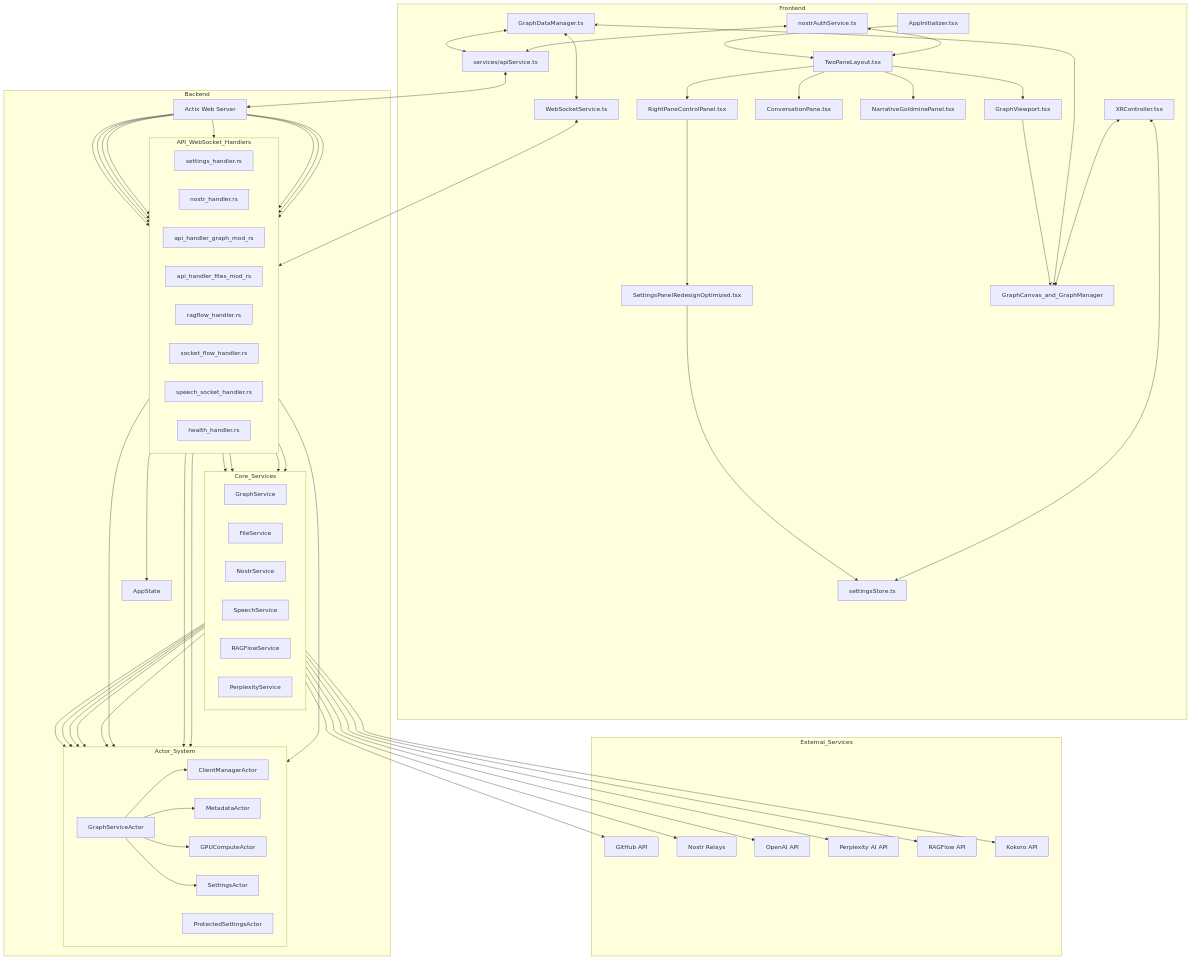
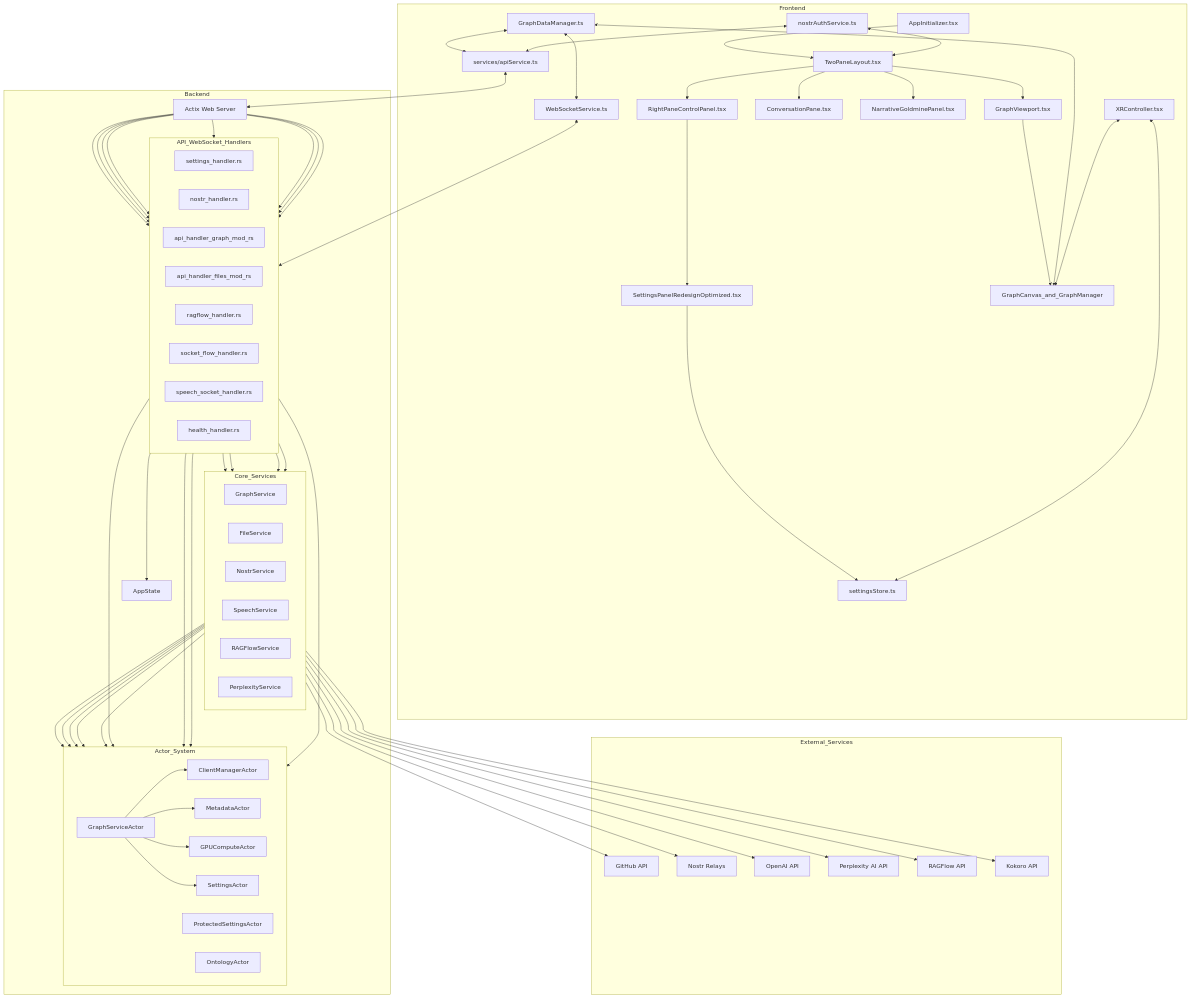
One commit to DreamLab-AI/VisionFlow changed the first of 9 diagrams in docs/architecture/system-overview.md. Above: the diagram before and after it, drawn with Mermaid. The commit also changed other lines of this file and 11 other files, not shown here.

```diff
--- a/docs/architecture/system-overview.md
+++ b/docs/architecture/system-overview.md
@@ -67,6 +67,7 @@
             ClientManagerActor["ClientManagerActor"]
             GPUComputeActor["GPUComputeActor"]
             ProtectedSettingsActor["ProtectedSettingsActor"]
+            OntologyActor["OntologyActor"]
         end
         AppState["AppState"]
 
```
